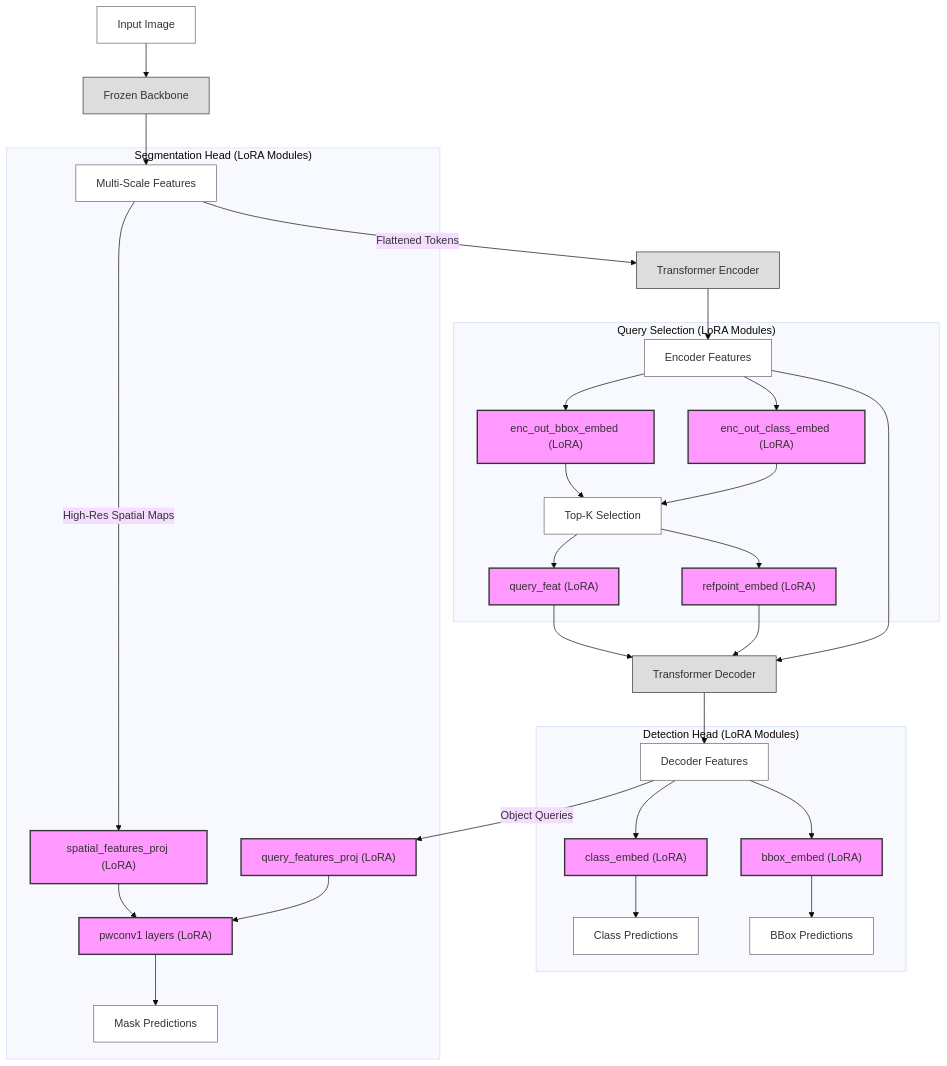
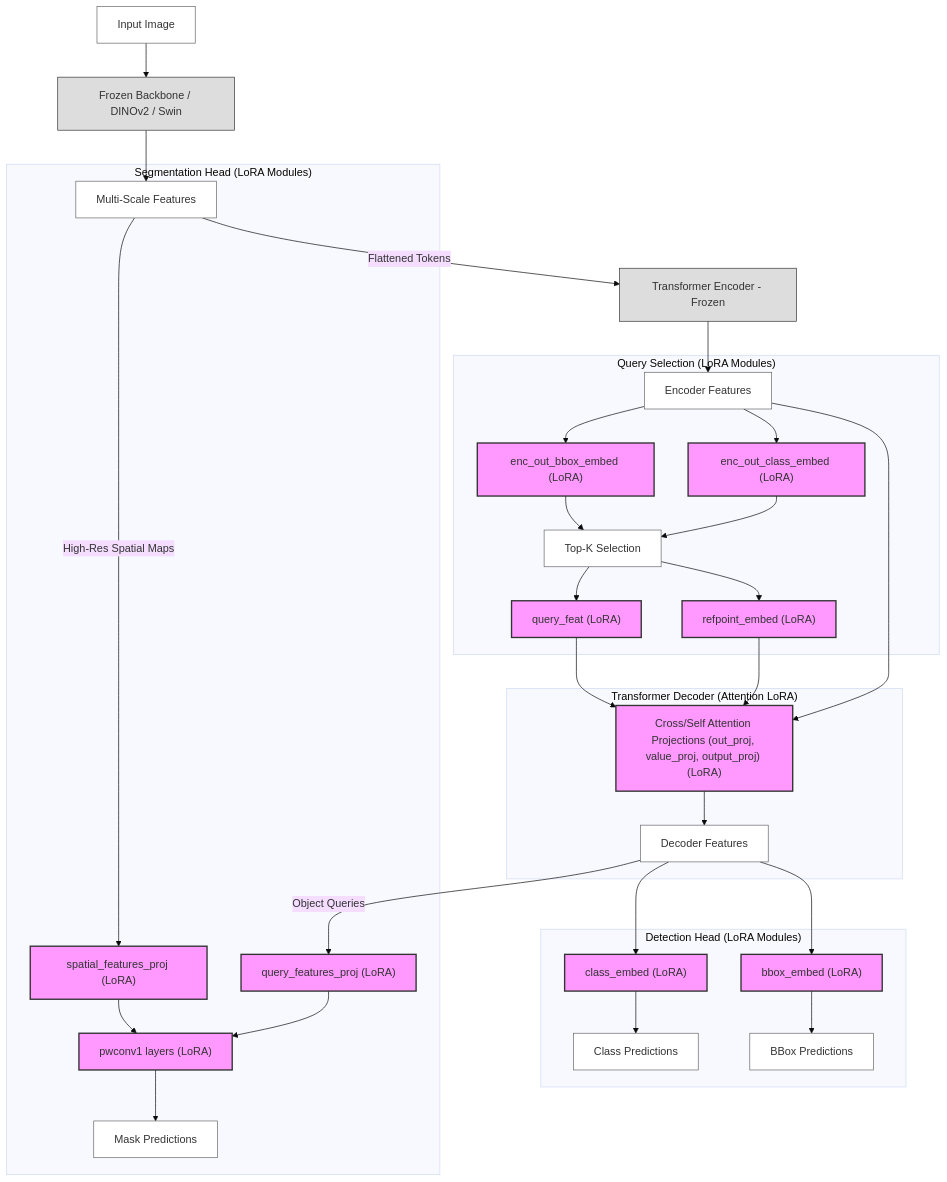
The diagram in lora_architecture.mermaid (ashishsinha-cellanome/as-cells), drawn with Mermaid (base theme) before and after one commit. The commit also changed 1 other file, not shown here.

Commit message:
fix(lora): resolve catastrophic forgetting and frozen prediction heads during PEFT
- Deferred LoRA application until after pre-trained weights are loaded so checkpoint keys match and weights aren't silently dropped.
- Fixed regex matching for `class_embed` and `bbox_embed` so prediction heads are correctly targeted instead of frozen with random noise.
- Added decoder cross/self attention projections (`out_proj`, `value_proj`, `output_proj`) to LoRA targets.
- Kept the backbone strictly excluded to maintain a low ~1-2M parameter footprint (1.45% at r=32, 2.8% at r=64).
- Added automatic `alpha = 2 * r` scaling if alpha is not explicitly provided.
- Updated mermaid diagram to reflect the corrected LoRA architecture.

```diff
--- a/lora_architecture.mermaid
+++ b/lora_architecture.mermaid
@@ -1,45 +1,47 @@
 graph TD
     %% Inputs & Backbone (Frozen)
-    Image[Input Image] --> Backbone[Frozen Backbone]
+    Image[Input Image] --> Backbone[Frozen Backbone / DINOv2 / Swin]
     Backbone --> MSFeat[Multi-Scale Features]
 
     %% Main Transformer Pathway
-    MSFeat --> |"Flattened Tokens"| Encoder[Transformer Encoder]
+    MSFeat --> |"Flattened Tokens"| Encoder[Transformer Encoder - Frozen]
     Encoder --> EncFeat[Encoder Features]
 
     %% Query Selection (LoRA)
     subgraph "Query Selection (LoRA Modules)"
         EncFeat --> EncOutBbox["enc_out_bbox_embed (LoRA)"]
         EncFeat --> EncOutClass["enc_out_class_embed (LoRA)"]
         EncOutBbox & EncOutClass --> TopK[Top-K Selection]
         TopK --> QueryFeat["query_feat (LoRA)"]
         TopK --> RefPoint["refpoint_embed (LoRA)"]
     end
 
-    %% Decoder
-    QueryFeat & RefPoint & EncFeat --> Decoder[Transformer Decoder]
-    Decoder --> DecFeat[Decoder Features]
+    %% Decoder (LoRA inside Attention)
+    subgraph "Transformer Decoder (Attention LoRA)"
+        QueryFeat & RefPoint & EncFeat --> DecAttn["Cross/Self Attention Projections (out_proj, value_proj, output_proj) (LoRA)"]
+        DecAttn --> DecFeat[Decoder Features]
+    end
 
     %% Detection Head (LoRA)
     subgraph "Detection Head (LoRA Modules)"
         DecFeat --> ClassEmbed["class_embed (LoRA)"]
         DecFeat --> BboxEmbed["bbox_embed (LoRA)"]
         ClassEmbed --> ClassPred[Class Predictions]
         BboxEmbed --> BboxPred[BBox Predictions]
     end
 
     %% Segmentation Head (LoRA)
     subgraph "Segmentation Head (LoRA Modules)"
         MSFeat --> |"High-Res Spatial Maps"| SpatialProj["spatial_features_proj (LoRA)"]
         DecFeat --> |"Object Queries"| QueryProj["query_features_proj (LoRA)"]
         SpatialProj & QueryProj --> PWConv["pwconv1 layers (LoRA)"]
         PWConv --> MaskPred[Mask Predictions]
     end
 
     %% Styling
     classDef lora fill:#f9f,stroke:#333,stroke-width:2px;
     classDef frozen fill:#ddd,stroke:#333,stroke-width:1px;
     classDef default fill:#fff,stroke:#666,stroke-width:1px;
     
-    class EncOutBbox,EncOutClass,QueryFeat,RefPoint,ClassEmbed,BboxEmbed,SpatialProj,QueryProj,PWConv lora;
-    class Backbone,Encoder,Decoder frozen;
+    class EncOutBbox,EncOutClass,QueryFeat,RefPoint,DecAttn,ClassEmbed,BboxEmbed,SpatialProj,QueryProj,PWConv lora;
+    class Backbone,Encoder frozen;
```
